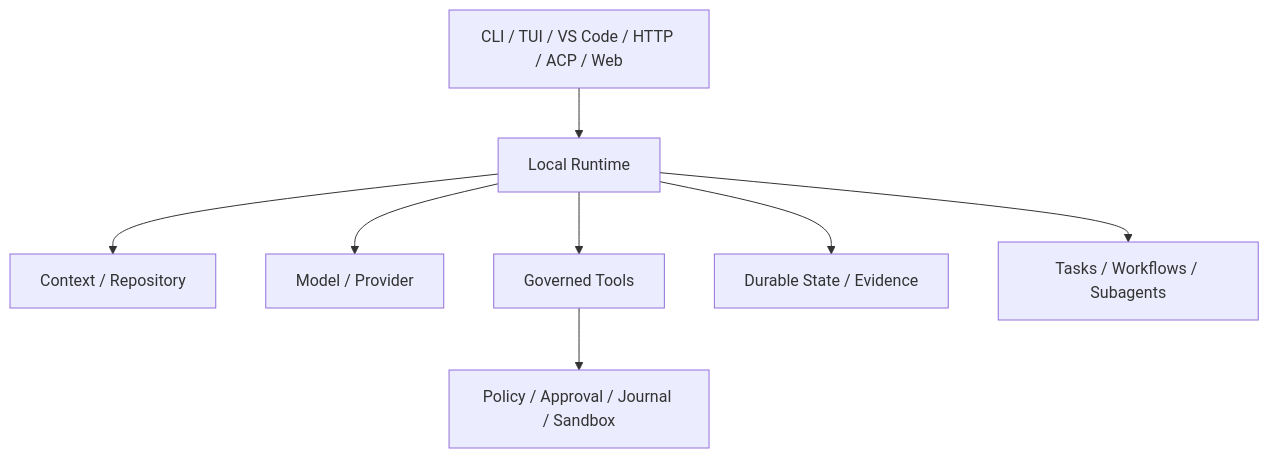
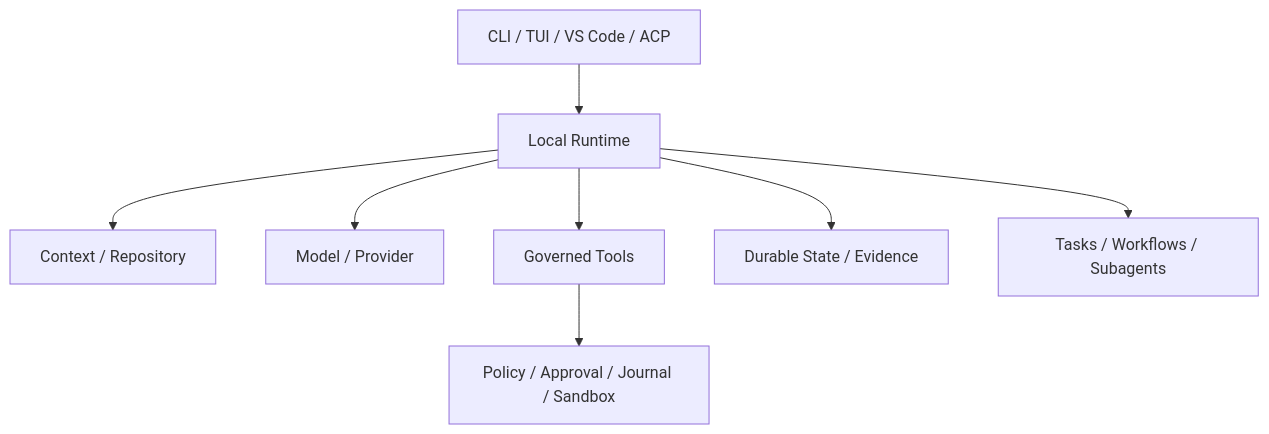
The diagram in docs/book/zh-CN/02-codehelper-overview/01-positioning-and-non-goals.md (fwtllh-png/CodeHelper), drawn with Mermaid before and after one commit. The commit also changed other lines of this file and 73 other files, not shown here.

Commit message:
refactor: remove web and http hosts

````diff
--- a/docs/book/zh-CN/02-codehelper-overview/01-positioning-and-non-goals.md
+++ b/docs/book/zh-CN/02-codehelper-overview/01-positioning-and-non-goals.md
@@ -98,10 +98,10 @@
 ```mermaid
 flowchart TB
-    H[CLI / TUI / VS Code / HTTP / ACP / Web] --> R[Local Runtime]
+    H[CLI / TUI / VS Code / ACP] --> R[Local Runtime]
     R --> C[Context / Repository]
     R --> M[Model / Provider]
     R --> T[Governed Tools]
     R --> D[Durable State / Evidence]
     R --> O[Tasks / Workflows / Subagents]
     T --> S[Policy / Approval / Journal / Sandbox]
 ```
````
